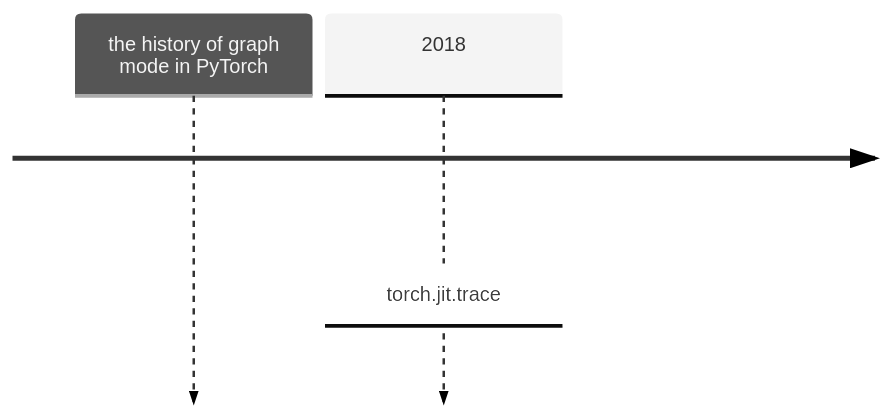
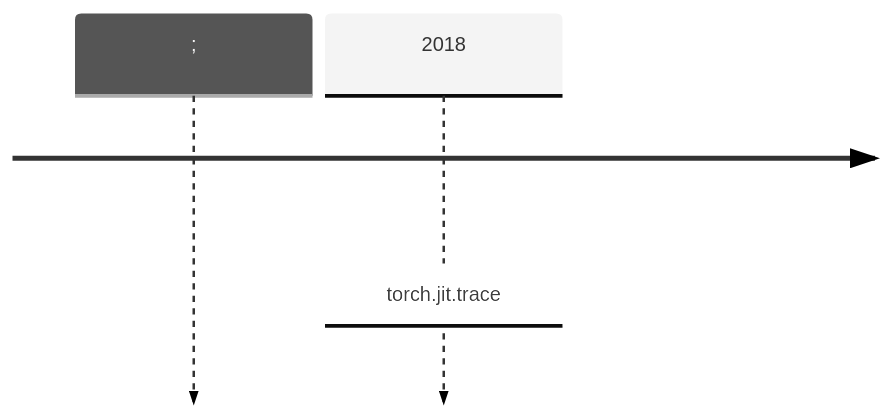
Before and after one commit to yuehniu/homepage: the diagram in _posts/2025-11-02-torchfx.md, drawn with Mermaid (neutral theme).

Commit message:
Blog: PyTorch Graph and Tracing

````diff
--- a/_posts/2025-11-02-torchfx.md
+++ b/_posts/2025-11-02-torchfx.md
@@ -22,5 +22,4 @@
 ```mermaid
-timeline
-the history of graph mode in PyTorch
-2018: torch.jit.trace
+timeline;
+    2018: torch.jit.trace
 ```
````
